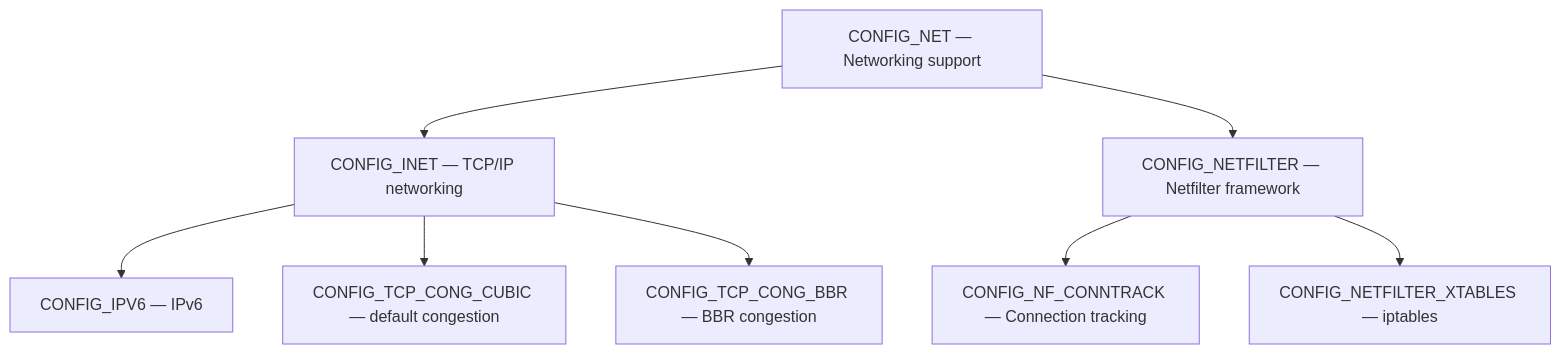
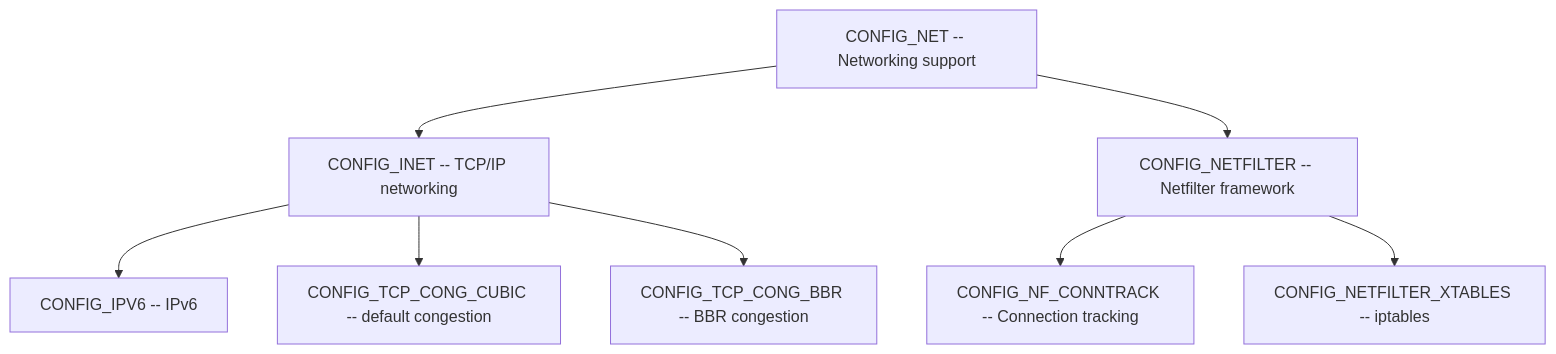
Before and after one commit to Abhinav-Kumar012/lb2: the diagram in src/kernel/configuration.md, drawn with Mermaid. The commit also changed 211 other files, not shown here.

First line of the commit message:
fix: mermaid syntax issues across 212 files

````diff
--- a/src/kernel/configuration.md
+++ b/src/kernel/configuration.md
@@ -255,19 +255,19 @@
 ```mermaid
 graph TD
-    CONFIG_NET[CONFIG_NET — Networking support]
-    CONFIG_INET[CONFIG_INET — TCP/IP networking]
-    CONFIG_IPV6[CONFIG_IPV6 — IPv6]
-    CONFIG_TCP_CONG[CONFIG_TCP_CONG_CUBIC — default congestion]
-    CONFIG_BBR[CONFIG_TCP_CONG_BBR — BBR congestion]
-    CONFIG_NETFILTER[CONFIG_NETFILTER — Netfilter framework]
-    CONFIG_NF_CONNTRACK[CONFIG_NF_CONNTRACK — Connection tracking]
-    CONFIG_IPTABLES[CONFIG_NETFILTER_XTABLES — iptables]
+    CONFIG_NET[CONFIG_NET -- Networking support]
+    CONFIG_INET[CONFIG_INET -- TCP/IP networking]
+    CONFIG_IPV6[CONFIG_IPV6 -- IPv6]
+    CONFIG_TCP_CONG[CONFIG_TCP_CONG_CUBIC -- default congestion]
+    CONFIG_BBR[CONFIG_TCP_CONG_BBR -- BBR congestion]
+    CONFIG_NETFILTER[CONFIG_NETFILTER -- Netfilter framework]
+    CONFIG_NF_CONNTRACK[CONFIG_NF_CONNTRACK -- Connection tracking]
+    CONFIG_IPTABLES[CONFIG_NETFILTER_XTABLES -- iptables]
 
     CONFIG_NET --> CONFIG_INET
     CONFIG_INET --> CONFIG_IPV6
     CONFIG_INET --> CONFIG_TCP_CONG
     CONFIG_INET --> CONFIG_BBR
     CONFIG_NET --> CONFIG_NETFILTER
     CONFIG_NETFILTER --> CONFIG_NF_CONNTRACK
     CONFIG_NETFILTER --> CONFIG_IPTABLES
 ```
````
